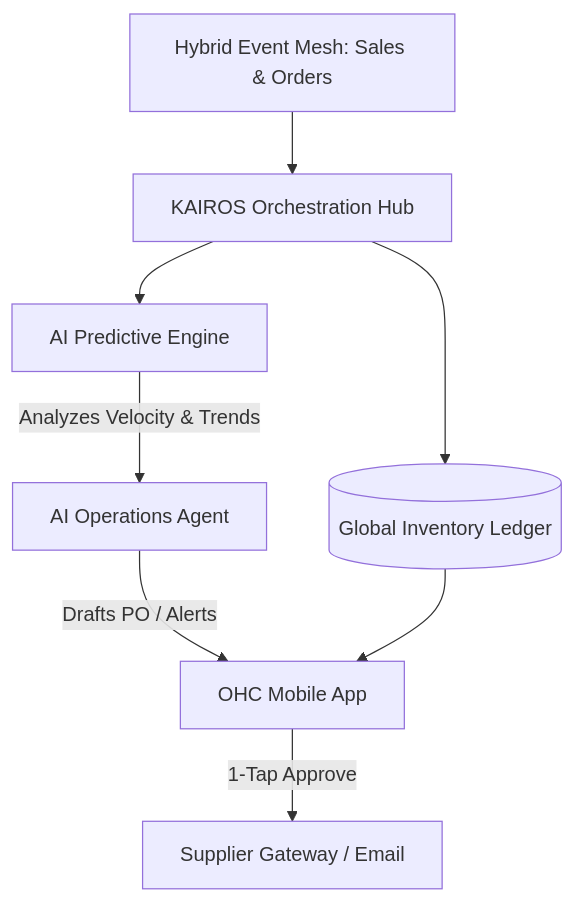
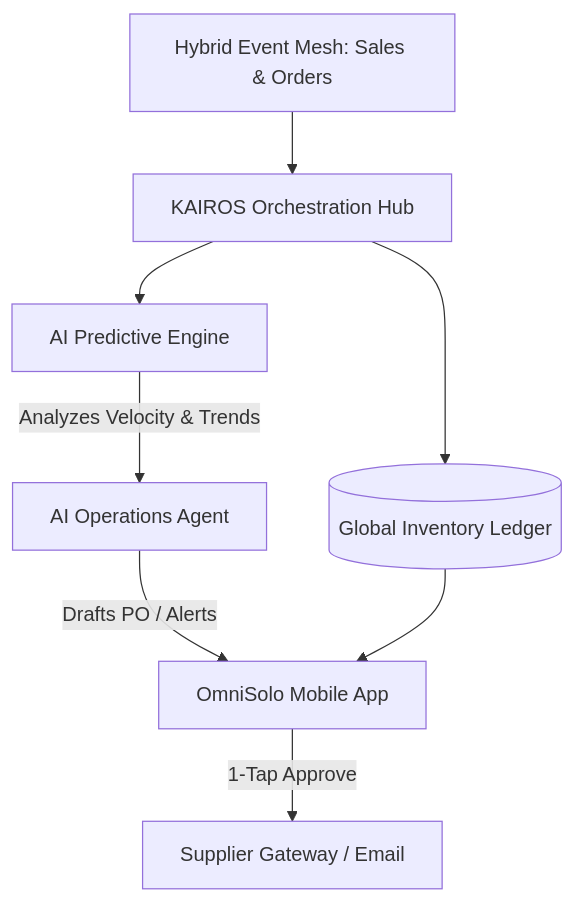
One commit to omnisolo-llc/onehumancorp changed the diagram in docs/research/[architecture]_autonomous_predictive_inventory_and_restock_engine.md. Above: the diagram before and after it, drawn with Mermaid. The commit also changed other lines of this file and 2191 other files, not shown here.

Commit message:
feat: complete OmniSolo rename and browser audit

````diff
--- a/docs/research/[architecture]_autonomous_predictive_inventory_and_restock_engine.md
+++ b/docs/research/[architecture]_autonomous_predictive_inventory_and_restock_engine.md
@@ -16,10 +16,10 @@
 ```mermaid
 graph TD;
     SalesMesh[Hybrid Event Mesh: Sales & Orders] --> KAIROS[KAIROS Orchestration Hub];
     KAIROS --> InventoryLedger[(Global Inventory Ledger)];
     KAIROS --> PredictionEngine[AI Predictive Engine];
     PredictionEngine -->|Analyzes Velocity & Trends| OperationsAgent[AI Operations Agent];
-    OperationsAgent -->|Drafts PO / Alerts| MobileApp[OHC Mobile App];
+    OperationsAgent -->|Drafts PO / Alerts| MobileApp[OmniSolo Mobile App];
     MobileApp -->|1-Tap Approve| PurchasingGateway[Supplier Gateway / Email];
     InventoryLedger --> MobileApp;
 ```
````
